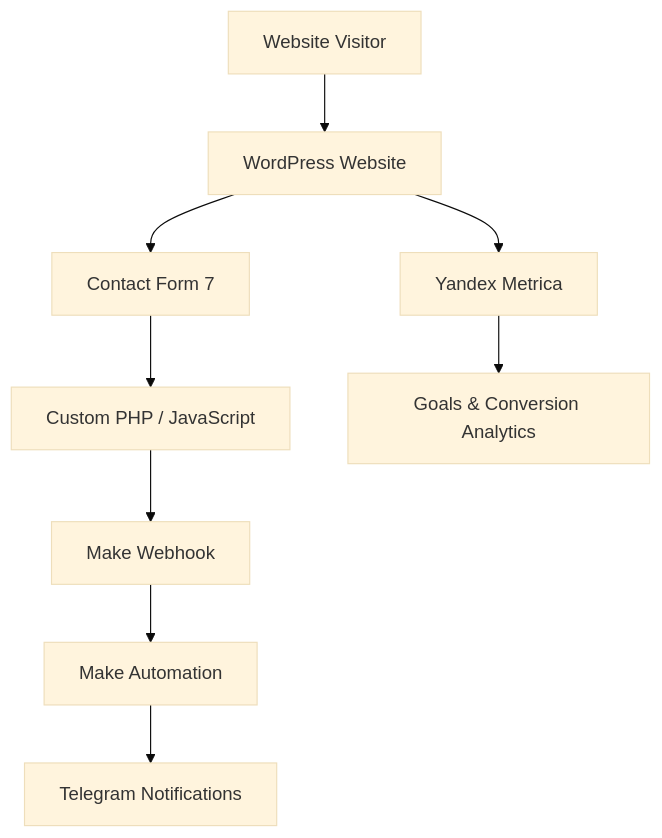
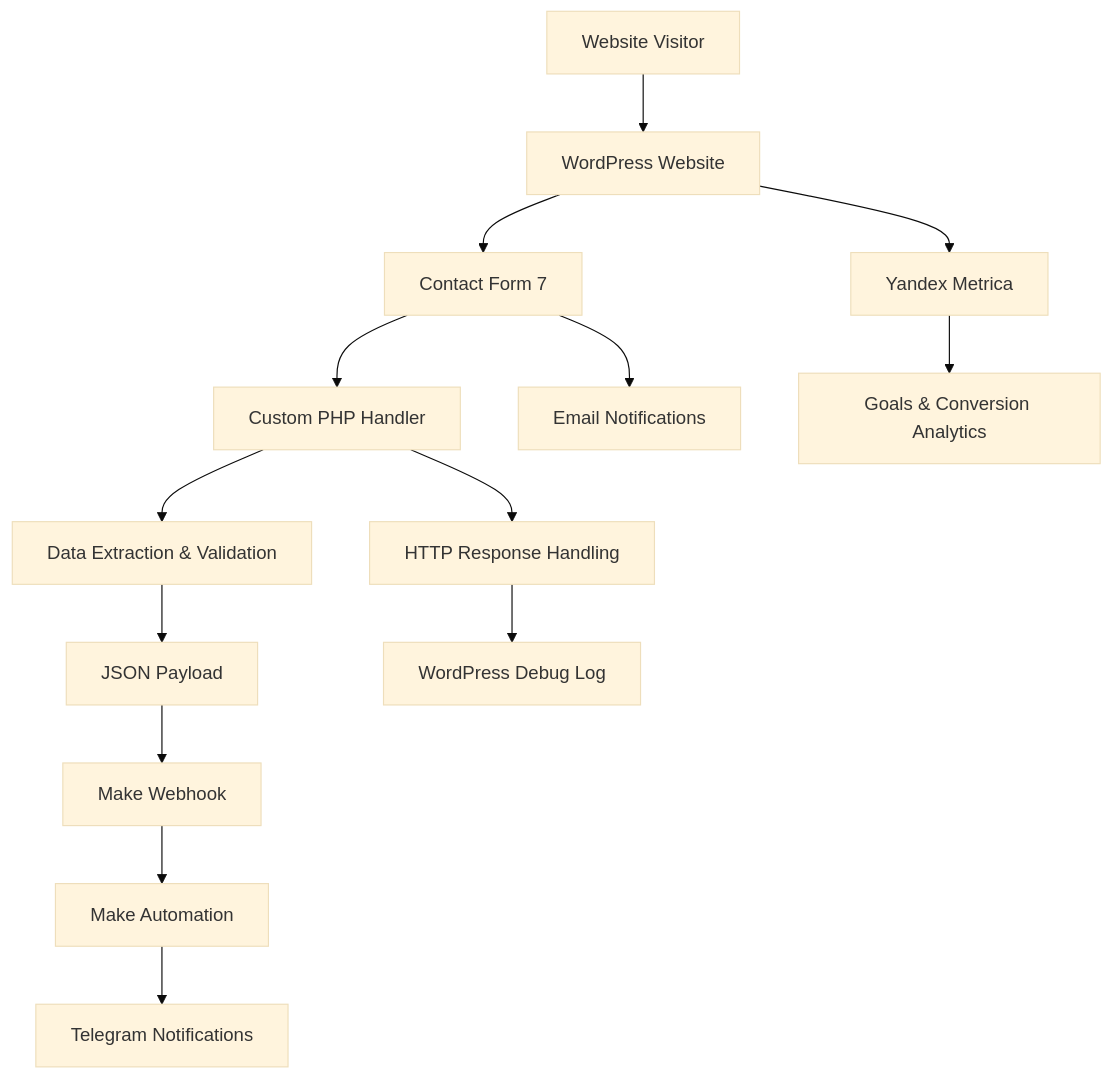
The diagram in README.md (oswaldotesser/fin-help-center-case), drawn with Mermaid (base theme) before and after one commit. The commit also changed other lines of this file, not shown here.

````diff
--- a/README.md
+++ b/README.md
@@ -45,12 +49,20 @@
 ```mermaid
 flowchart TD
-    A[Website Visitor] --> B[WordPress Website]
-    B --> C[Contact Form 7]
-    C --> D[Custom PHP / JavaScript]
-    D --> E[Make Webhook]
-    E --> F[Make Automation]
-    F --> G[Telegram Notifications]
+    A["Website Visitor"] --> B["WordPress Website"]
+    B --> C["Contact Form 7"]
 
-    B --> H[Yandex Metrica]
-    H --> I[Goals & Conversion Analytics]
+    C --> D["Custom PHP Handler"]
+    D --> E["Data Extraction & Validation"]
+    E --> F["JSON Payload"]
+    F --> G["Make Webhook"]
+    G --> H["Make Automation"]
+    H --> I["Telegram Notifications"]
+
+    C --> J["Email Notifications"]
+
+    D --> K["HTTP Response Handling"]
+    K --> L["WordPress Debug Log"]
+
+    B --> M["Yandex Metrica"]
+    M --> N["Goals & Conversion Analytics"]
 ```
````
